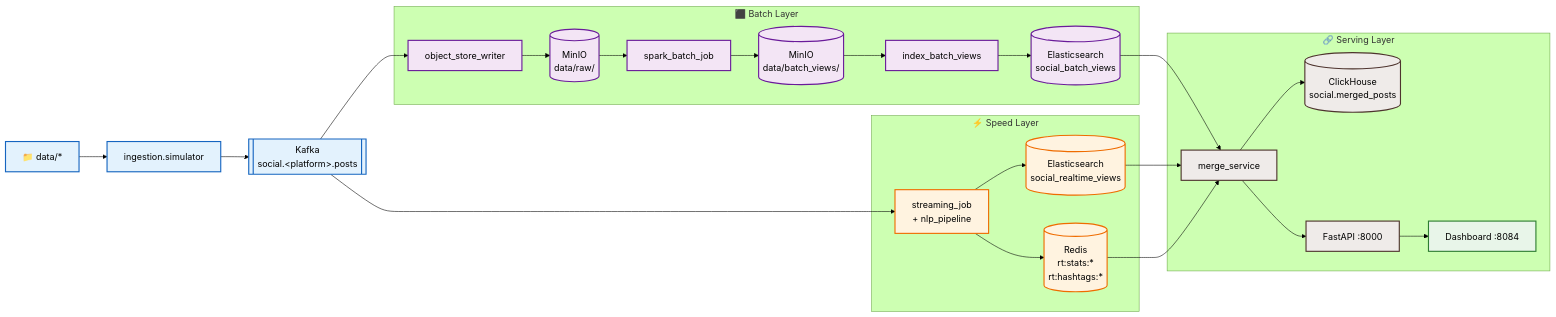
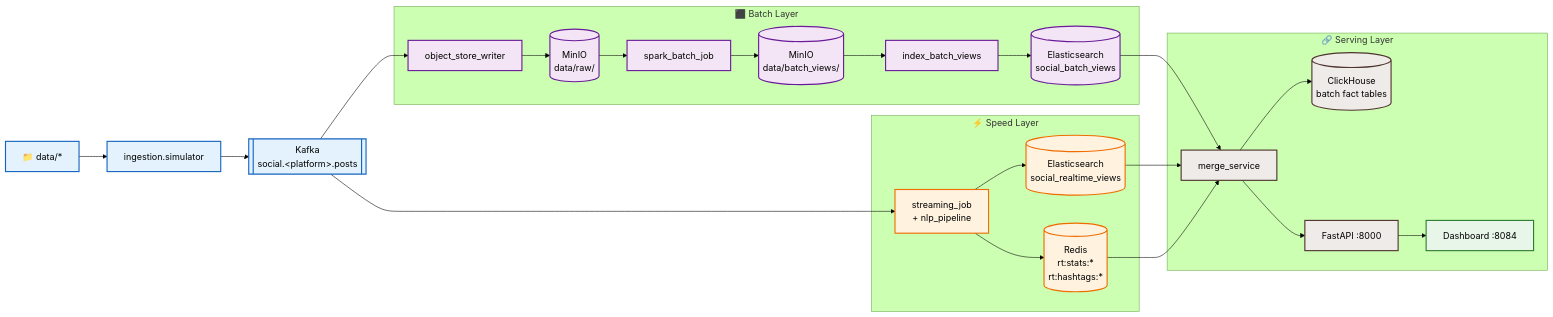
One commit to vohuutridung/IT4931 changed the diagram in README.md. Above: the diagram before and after it, drawn with Mermaid (forest theme). The commit also changed other lines of this file and 49 other files, not shown here.

````diff
--- a/README.md
+++ b/README.md
@@ -27,42 +27,42 @@
 ```mermaid
 flowchart LR
     %% Styling definitions
     classDef ingestion fill:#e3f2fd,stroke:#1565c0,stroke-width:2px;
     classDef speed fill:#fff3e0,stroke:#ef6c00,stroke-width:2px;
     classDef batch fill:#f3e5f5,stroke:#6a1b9a,stroke-width:2px;
     classDef serving fill:#efebe9,stroke:#4e342e,stroke-width:2px;
     classDef visualize fill:#e8f5e9,stroke:#2e7d32,stroke-width:2px;
 
     DATA["📁 data/*"]:::ingestion
     SIM["ingestion.simulator"]:::ingestion
     KAFKA[["Kafka<br/>social.&lt;platform&gt;.posts"]]:::ingestion
 
     subgraph batch["⬛ Batch Layer"]
         OSW["object_store_writer"]:::batch
         RAW[("MinIO<br/>data/raw/")]:::batch
         SPARK["spark_batch_job"]:::batch
         BV[("MinIO<br/>data/batch_views/")]:::batch
         IDX["index_batch_views"]:::batch
         ES_B[("Elasticsearch<br/>social_batch_views")]:::batch
     end
 
     subgraph speed["⚡ Speed Layer"]
         STREAM["streaming_job<br/>+ nlp_pipeline"]:::speed
         REDIS[("Redis<br/>rt:stats:*<br/>rt:hashtags:*")]:::speed
         ES_RT[("Elasticsearch<br/>social_realtime_views")]:::speed
     end
 
     subgraph serving["🔗 Serving Layer"]
         MERGE["merge_service"]:::serving
-        CH[("ClickHouse<br/>social.merged_posts")]:::serving
+        CH[("ClickHouse<br/>batch fact tables")]:::serving
         API["FastAPI :8000"]:::serving
         DASH["Dashboard :8084"]:::visualize
     end
 
     DATA --> SIM --> KAFKA
     KAFKA --> OSW --> RAW --> SPARK --> BV --> IDX --> ES_B
     KAFKA --> STREAM --> REDIS & ES_RT
     ES_B & ES_RT & REDIS --> MERGE
     MERGE --> API --> DASH
     MERGE --> CH
 ```
````
